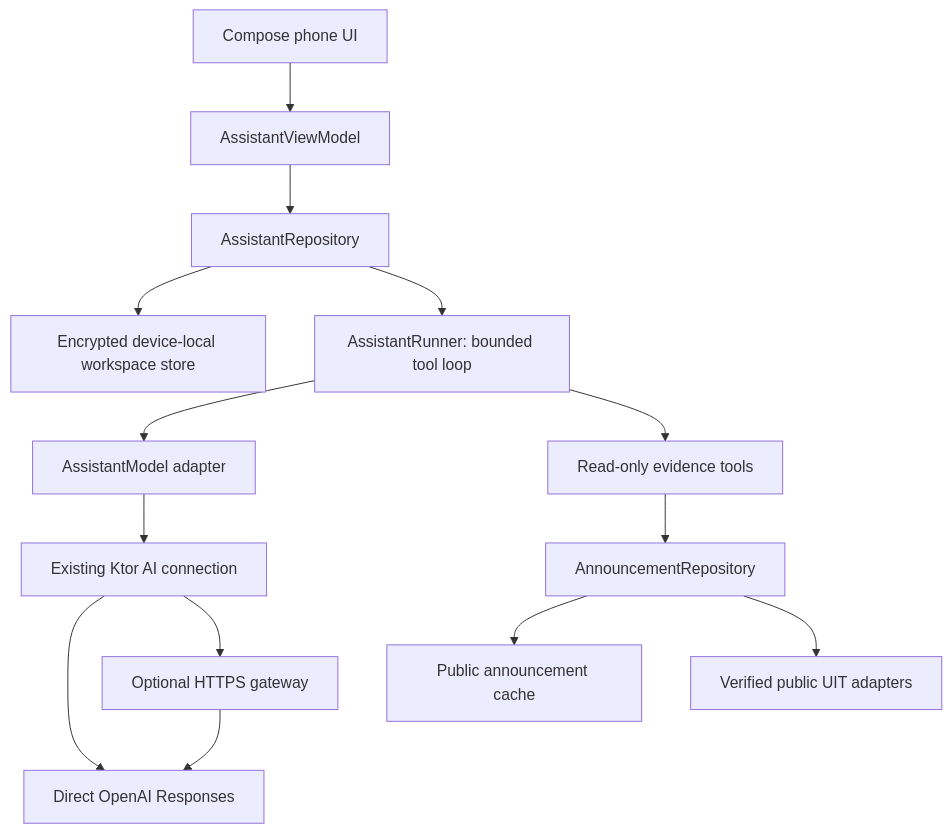
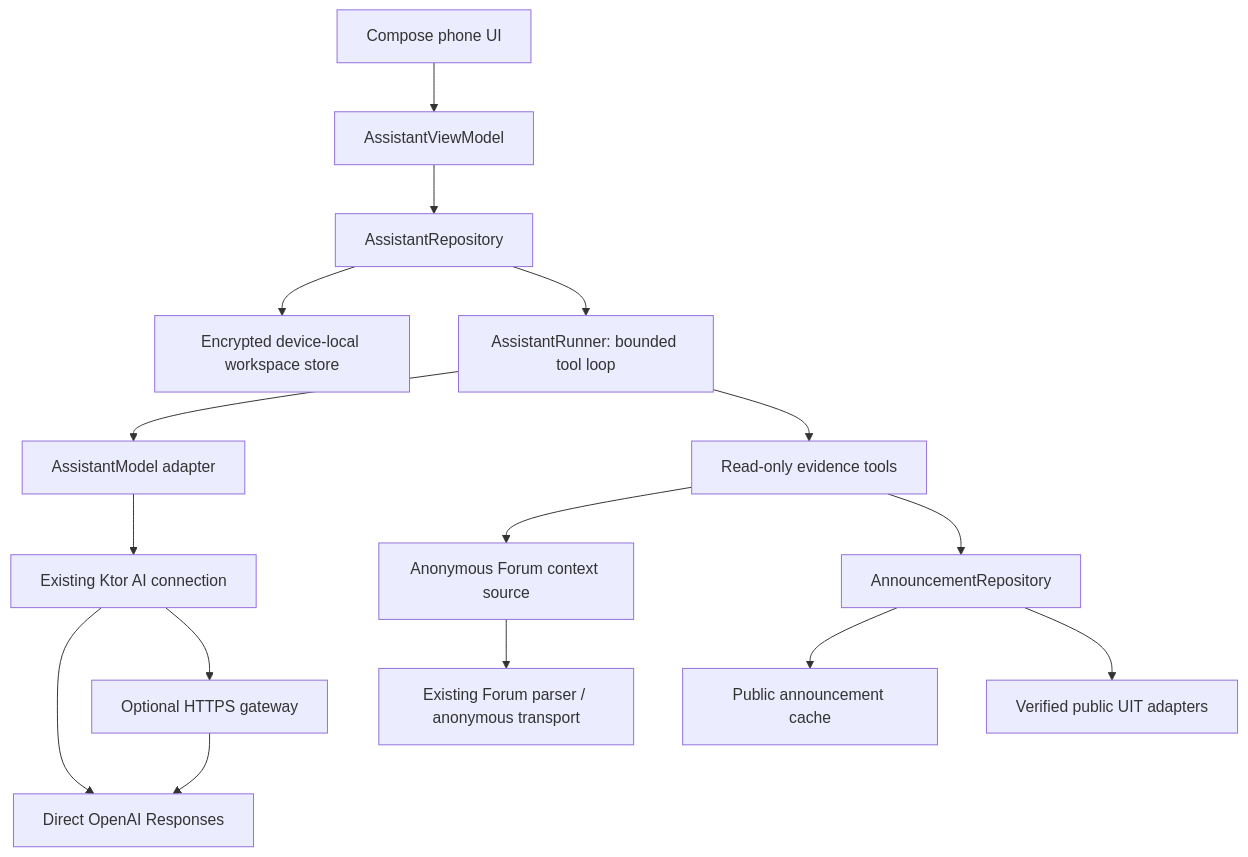
One commit to trungdangtapcode/UIT-Mobile-kt changed the diagram in docs/UIT-ASSISTANT.md. Above: the diagram before and after it, drawn with Mermaid. The commit also changed other lines of this file and 55 other files, not shown here.

````diff
--- a/docs/UIT-ASSISTANT.md
+++ b/docs/UIT-ASSISTANT.md
@@ -50,16 +53,18 @@
 ```mermaid
 flowchart TD
     UI[Compose phone UI] --> VM[AssistantViewModel]
     VM --> WR[AssistantRepository]
     WR --> DB[Encrypted device-local workspace store]
     WR --> LOOP[AssistantRunner: bounded tool loop]
     LOOP --> MODEL[AssistantModel adapter]
     MODEL --> HTTP[Existing Ktor AI connection]
     HTTP --> DIRECT[Direct OpenAI Responses]
     HTTP --> GW[Optional HTTPS gateway]
     GW --> DIRECT
     LOOP --> TOOLS[Read-only evidence tools]
+    TOOLS --> FORUM[Anonymous Forum context source]
+    FORUM --> FP[Existing Forum parser / anonymous transport]
     TOOLS --> AR[AnnouncementRepository]
     AR --> CACHE[Public announcement cache]
     AR --> UIT[Verified public UIT adapters]
 ```
````
